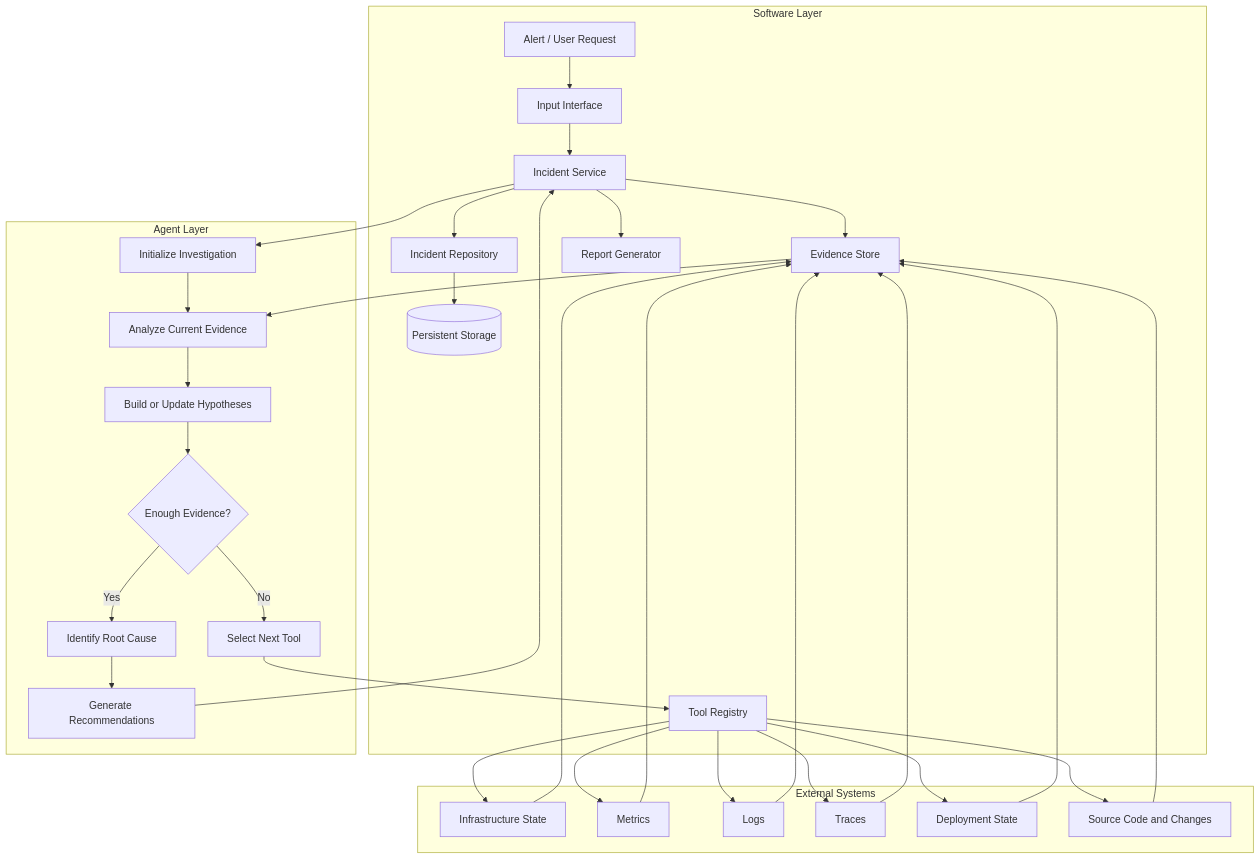
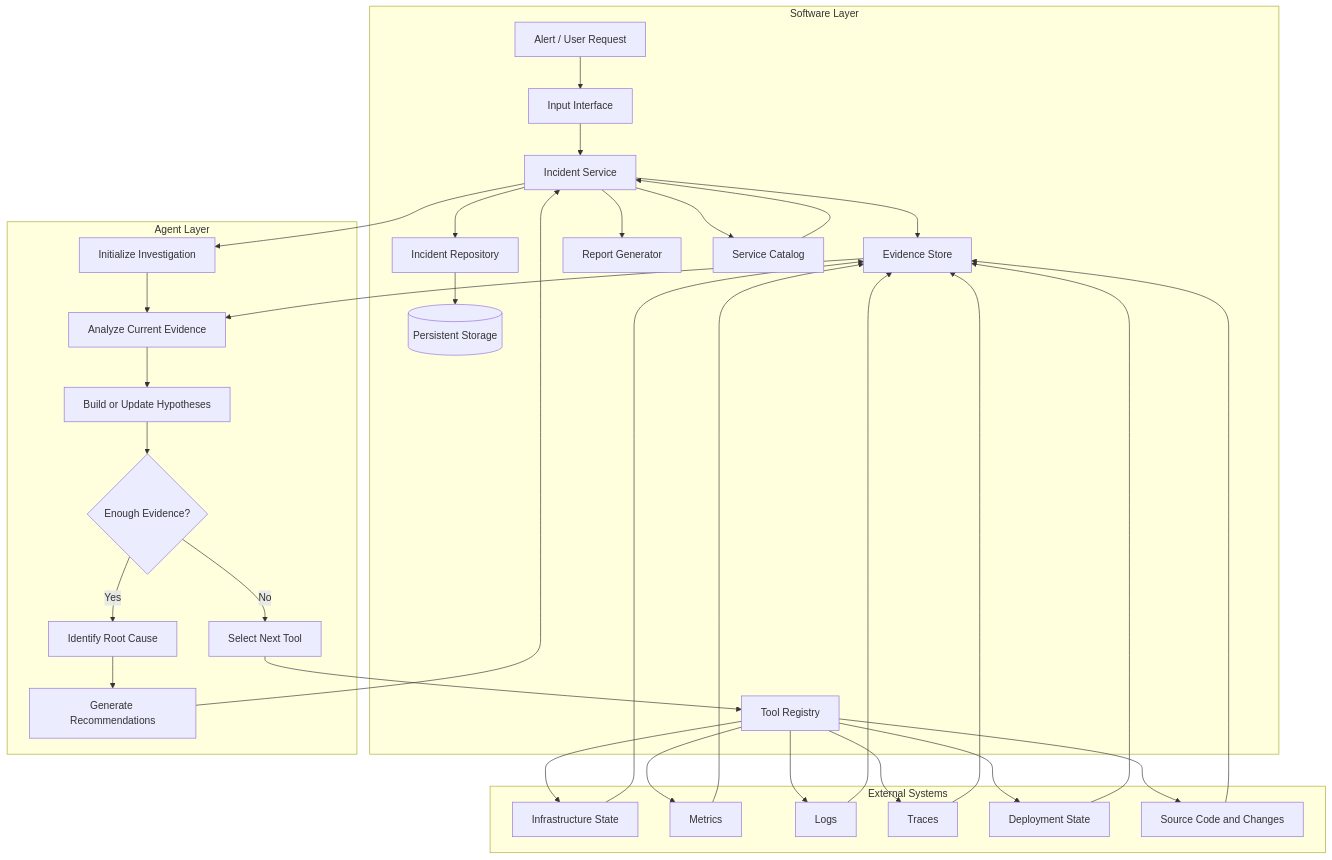
The diagram in docs/architecture.md (hhojatansari/AriOps), drawn with Mermaid before and after one commit. The commit also changed 19 other files, not shown here.

Commit message:
Add Kubernetes service catalog integration

````diff
--- a/docs/architecture.md
+++ b/docs/architecture.md
@@ -9,66 +9,69 @@
 ```mermaid
 flowchart TB
     subgraph SOFTWARE["Software Layer"]
         A[Alert / User Request]
         B[Input Interface]
         C[Incident Service]
         D[Incident Repository]
         E[(Persistent Storage)]
         F[Tool Registry]
         G[Evidence Store]
         H[Report Generator]
+        V[Service Catalog]
 
         A --> B
         B --> C
         C --> D
         D --> E
         C --> G
         C --> H
+        C --> V
     end
 
     subgraph AGENT["Agent Layer"]
         I[Initialize Investigation]
         J[Analyze Current Evidence]
         K[Build or Update Hypotheses]
         L{Enough Evidence?}
         M[Select Next Tool]
         N[Identify Root Cause]
         O[Generate Recommendations]
 
         I --> J
         J --> K
         K --> L
         L -- No --> M
         L -- Yes --> N
         N --> O
     end
 
     subgraph SYSTEMS["External Systems"]
         P[Infrastructure State]
         Q[Metrics]
         R[Logs]
         S[Traces]
         T[Deployment State]
         U[Source Code and Changes]
     end
 
+    V --> C
     C --> I
     M --> F
 
     F --> P
     F --> Q
     F --> R
     F --> S
     F --> T
     F --> U
 
     P --> G
     Q --> G
     R --> G
     S --> G
     T --> G
     U --> G
 
     G --> J
     O --> C
 ```
````
